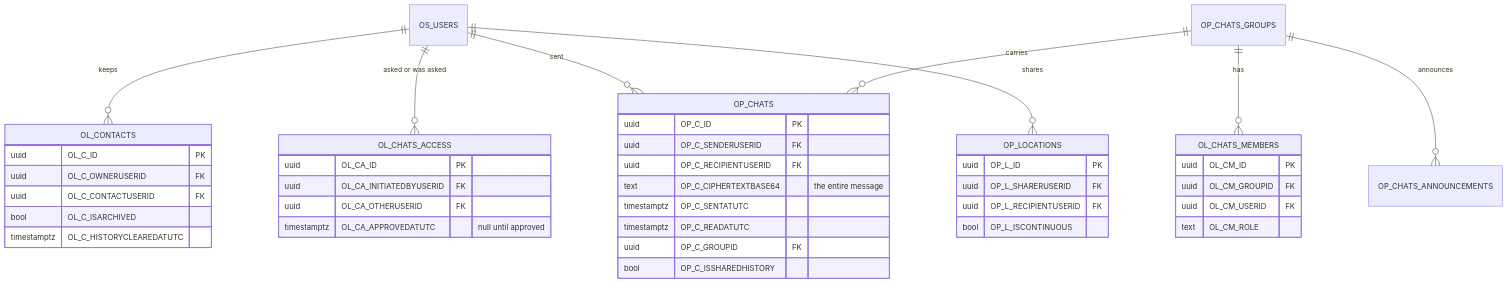
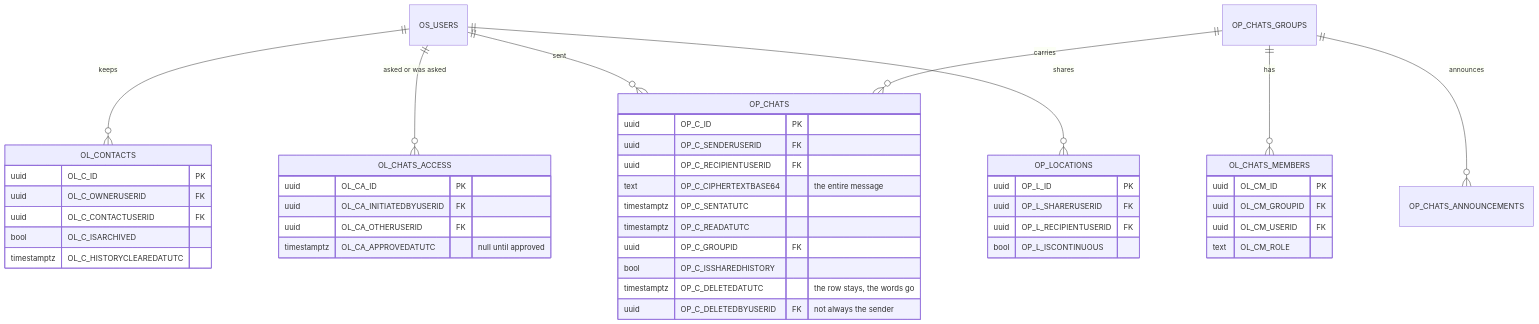
The fourth of 5 diagrams in info/uml/database.md (NorArax-NeflinOwl/orbit), drawn with Mermaid before and after one commit. The commit also changed 16 other files, not shown here.

````diff
--- a/info/uml/database.md
+++ b/info/uml/database.md
@@ -232,46 +232,48 @@
 ```mermaid
 erDiagram
     OS_USERS ||--o{ OL_CONTACTS : keeps
     OS_USERS ||--o{ OL_CHATS_ACCESS : "asked or was asked"
     OS_USERS ||--o{ OP_CHATS : sent
     OP_CHATS_GROUPS ||--o{ OL_CHATS_MEMBERS : has
     OP_CHATS_GROUPS ||--o{ OP_CHATS : carries
     OP_CHATS_GROUPS ||--o{ OP_CHATS_ANNOUNCEMENTS : announces
     OS_USERS ||--o{ OP_LOCATIONS : shares
 
     OP_CHATS {
         uuid OP_C_ID PK
         uuid OP_C_SENDERUSERID FK
         uuid OP_C_RECIPIENTUSERID FK
         text OP_C_CIPHERTEXTBASE64 "the entire message"
         timestamptz OP_C_SENTATUTC
         timestamptz OP_C_READATUTC
         uuid OP_C_GROUPID FK
         bool OP_C_ISSHAREDHISTORY
+        timestamptz OP_C_DELETEDATUTC "the row stays, the words go"
+        uuid OP_C_DELETEDBYUSERID FK "not always the sender"
     }
     OL_CHATS_ACCESS {
         uuid OL_CA_ID PK
         uuid OL_CA_INITIATEDBYUSERID FK
         uuid OL_CA_OTHERUSERID FK
         timestamptz OL_CA_APPROVEDATUTC "null until approved"
     }
     OL_CONTACTS {
         uuid OL_C_ID PK
         uuid OL_C_OWNERUSERID FK
         uuid OL_C_CONTACTUSERID FK
         bool OL_C_ISARCHIVED
         timestamptz OL_C_HISTORYCLEAREDATUTC
     }
     OL_CHATS_MEMBERS {
         uuid OL_CM_ID PK
         uuid OL_CM_GROUPID FK
         uuid OL_CM_USERID FK
         text OL_CM_ROLE
     }
     OP_LOCATIONS {
         uuid OP_L_ID PK
         uuid OP_L_SHARERUSERID FK
         uuid OP_L_RECIPIENTUSERID FK
         bool OP_L_ISCONTINUOUS
     }
 ```
````
